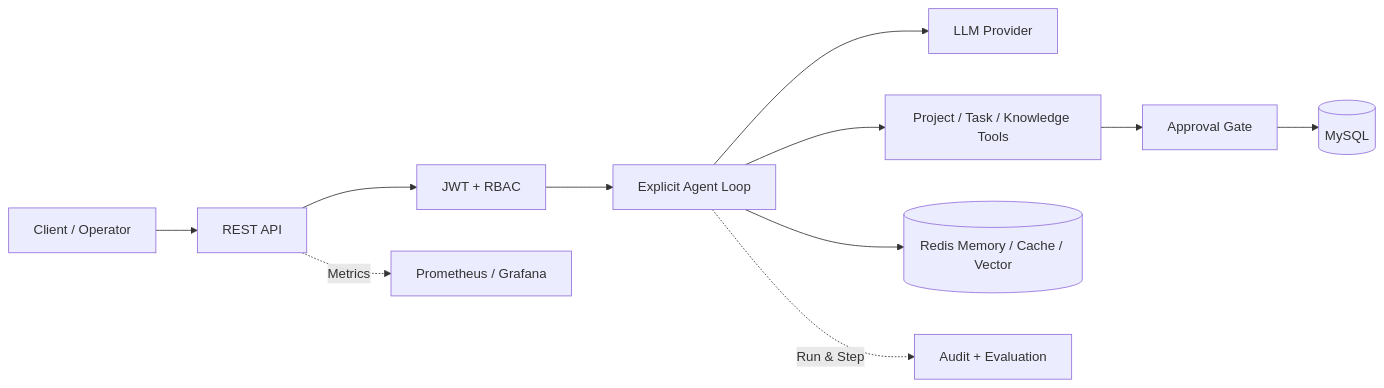
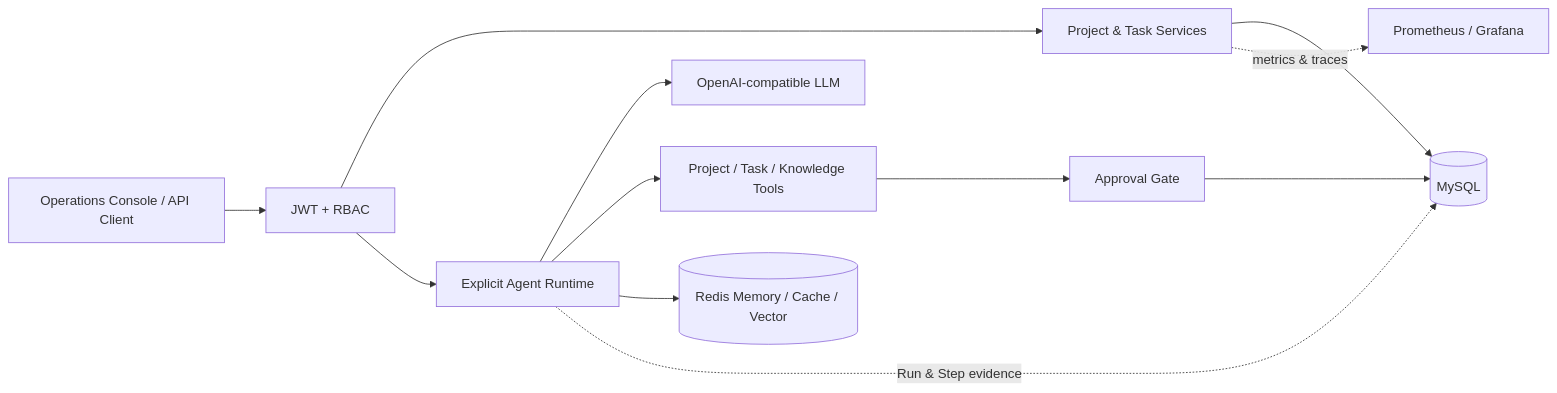
Before and after one commit to pravinkaveya473-sketch/agentflow-enterprise: the diagram in README.md, drawn with Mermaid. The commit also changed other lines of this file and 26 other files, not shown here.

````diff
--- a/README.md
+++ b/README.md
@@ -41,13 +42,14 @@
 ```mermaid
 flowchart LR
-    U[Client / Operator] --> API[REST API]
-    API --> SEC[JWT + RBAC]
-    SEC --> AGENT[Explicit Agent Loop]
-    AGENT --> MODEL[LLM Provider]
+    UI[Operations Console / API Client] --> SEC[JWT + RBAC]
+    SEC --> APP[Project & Task Services]
+    SEC --> AGENT[Explicit Agent Runtime]
+    AGENT --> MODEL[OpenAI-compatible LLM]
     AGENT --> TOOLS[Project / Task / Knowledge Tools]
-    TOOLS --> APPROVAL[Approval Gate]
-    APPROVAL --> DB[(MySQL)]
+    TOOLS --> GATE[Approval Gate]
+    APP --> MYSQL[(MySQL)]
+    GATE --> MYSQL
     AGENT --> REDIS[(Redis Memory / Cache / Vector)]
-    AGENT -. Run & Step .-> AUDIT[Audit + Evaluation]
-    API -. Metrics .-> OBS[Prometheus / Grafana]
+    AGENT -. Run & Step evidence .-> MYSQL
+    APP -. metrics & traces .-> OBS[Prometheus / Grafana]
 ```
````
